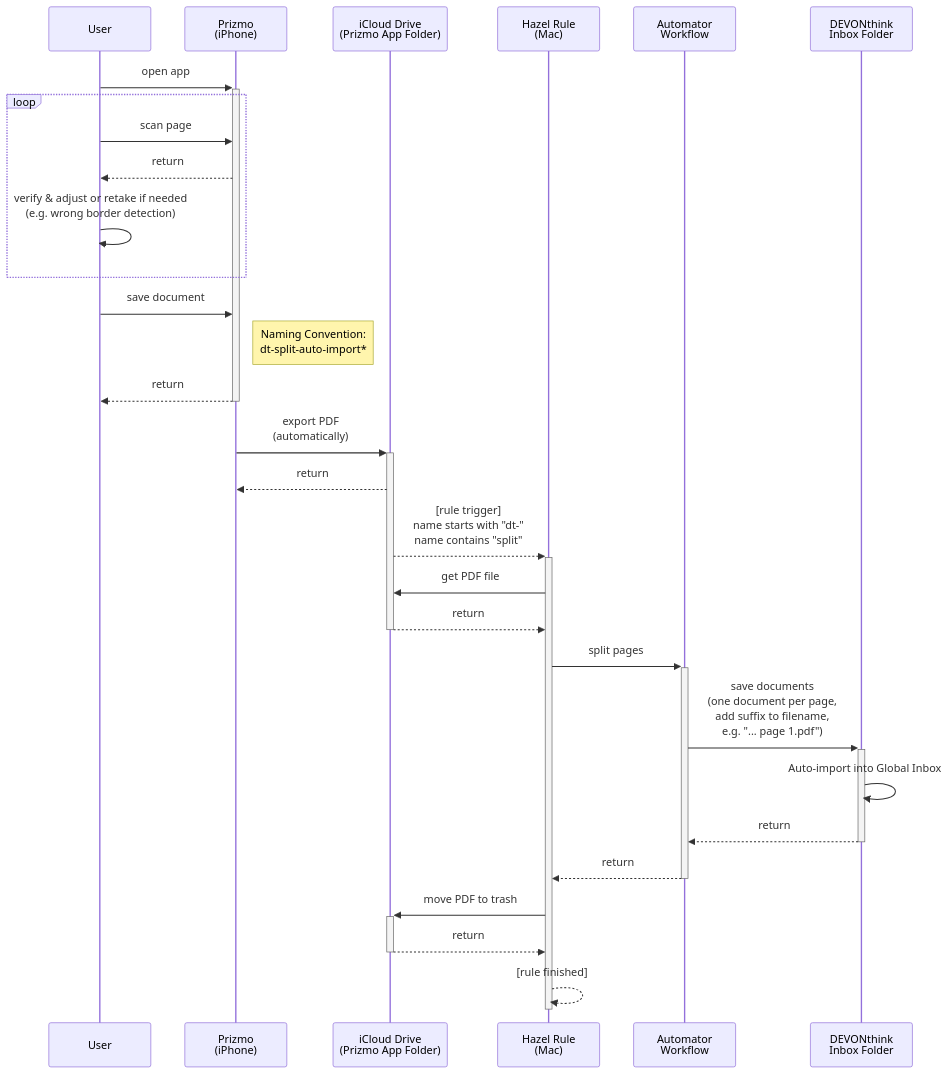
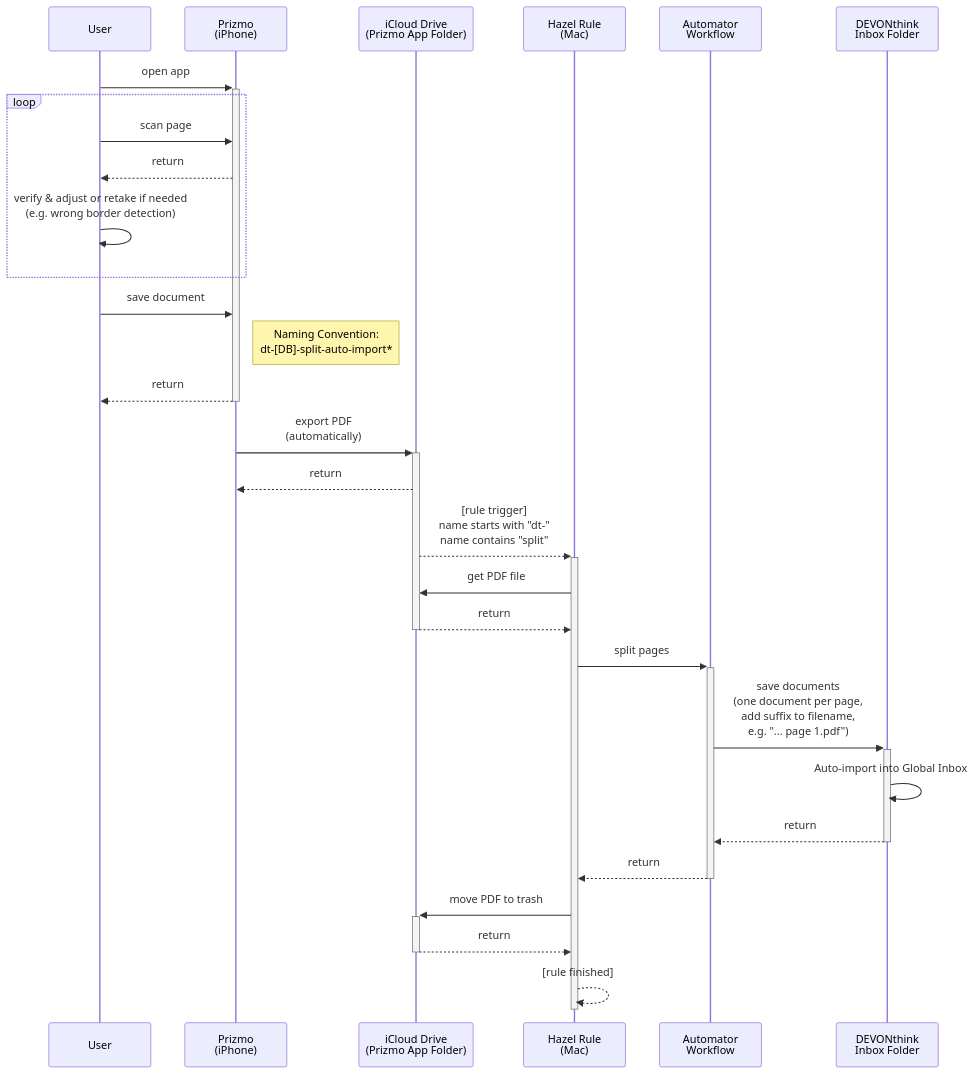
One commit to s17n/MailScripts changed the diagram in Docs/scan-and-import-from-iphone.md. Above: the diagram before and after it, drawn with Mermaid. The commit also changed other lines of this file and 2 other files, not shown here.

````diff
--- a/Docs/scan-and-import-from-iphone.md
+++ b/Docs/scan-and-import-from-iphone.md
@@ -3,35 +3,35 @@
 ```mermaid 
 
 sequenceDiagram
 
 	participant U as User
 	participant P as Prizmo <br> (iPhone)
 	participant I as iCloud Drive <br> (Prizmo App Folder)
 	participant H as Hazel Rule <br> (Mac)
 	participant A as Automator <br> Workflow
 	participant IF as DEVONthink <br>Inbox Folder 
 	
 	U->>+P: open app
 	loop
 		U->>P: scan page
 		P-->>U: return
 		U->>U:verify & adjust or retake if needed <br> (e.g. wrong border detection)
 	end 
 	U->>P: save document
-	Note right of P: Naming Convention: <br> dt-split-auto-import*
+	Note right of P: Naming Convention: <br> dt-[DB]-split-auto-import*
 	P-->>-U: return
 	P->>+I: export PDF <br> (automatically)
 	I-->>P: return
 	I-->>+H: [rule trigger] <br> name starts with "dt-" <br> name contains "split"
 	H->>I: get PDF file
 	I-->>-H: return
 	H->>+A: split pages
 	A->>+IF: save documents <br> (one document per page, <br> add suffix to filename, <br> e.g. "... page 1.pdf")
 	IF->>IF: Auto-import into Global Inbox
 	IF-->>-A: return
 	A-->>-H: return
 	H->>+I:move PDF to trash
 	I-->>-H:return
 	H-->>-H: [rule finished]
 
 ```
````
